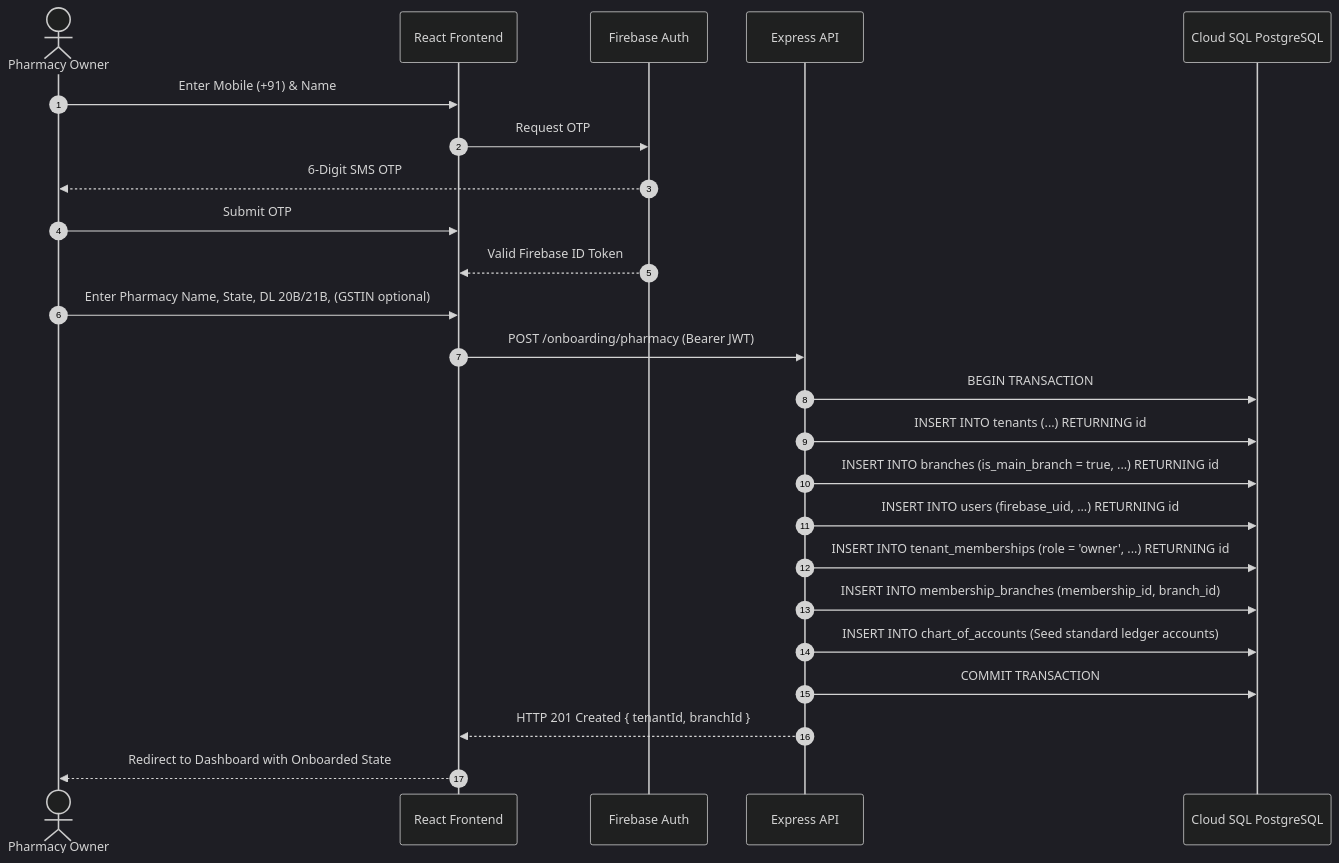
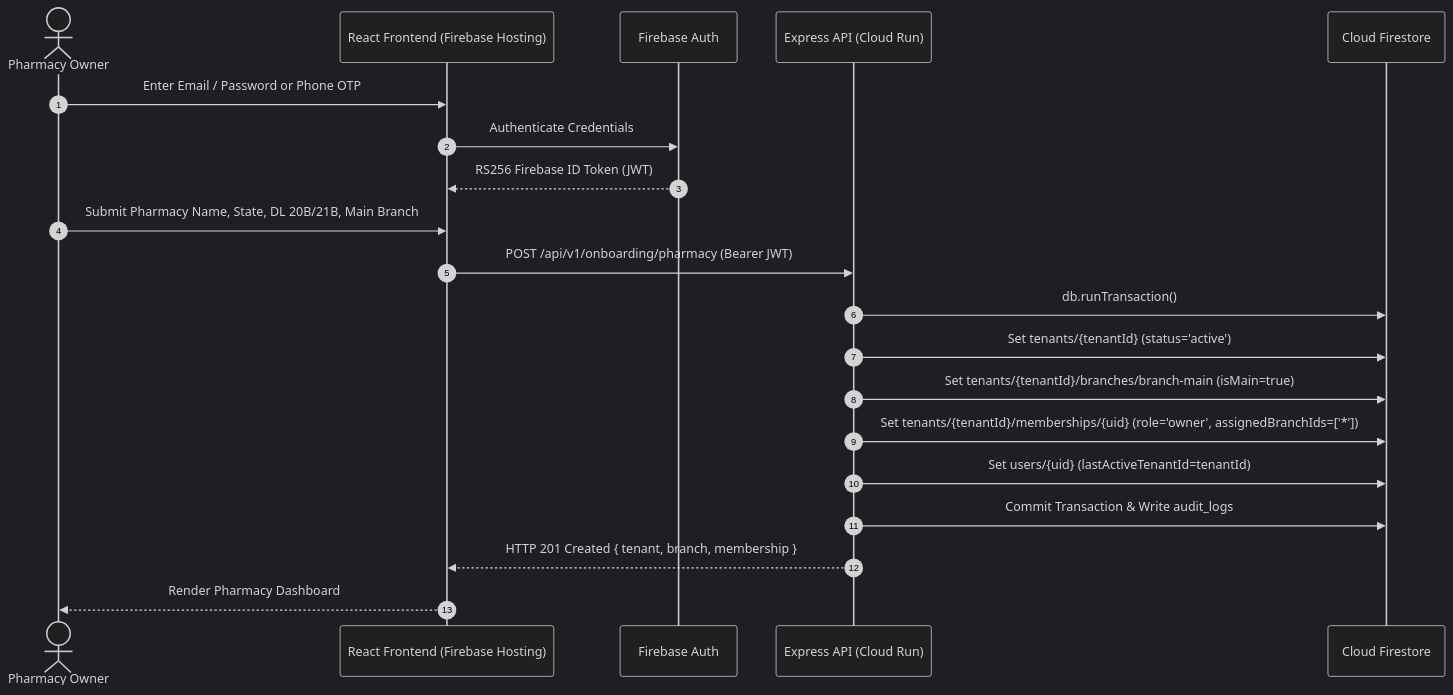
The first of 4 diagrams in docs/business-workflows.md (dhandesaurav37/pharmadesk), drawn with Mermaid (dark theme) before and after one commit. The commit also changed other lines of this file and 37 other files, not shown here.

````diff
--- a/docs/business-workflows.md
+++ b/docs/business-workflows.md
@@ -13,27 +13,23 @@
 ```mermaid
 sequenceDiagram
     autonumber
     actor Owner as Pharmacy Owner
-    participant App as React Frontend
+    participant App as React Frontend (Firebase Hosting)
     participant Auth as Firebase Auth
-    participant API as Express API
-    participant DB as Cloud SQL PostgreSQL
+    participant API as Express API (Cloud Run)
+    participant FS as Cloud Firestore
 
-    Owner->>App: Enter Mobile (+91) & Name
-    App->>Auth: Request OTP
-    Auth-->>Owner: 6-Digit SMS OTP
-    Owner->>App: Submit OTP
-    Auth-->>App: Valid Firebase ID Token
-    Owner->>App: Enter Pharmacy Name, State, DL 20B/21B, (GSTIN optional)
-    App->>API: POST /onboarding/pharmacy (Bearer JWT)
-    API->>DB: BEGIN TRANSACTION
-    API->>DB: INSERT INTO tenants (...) RETURNING id
-    API->>DB: INSERT INTO branches (is_main_branch = true, ...) RETURNING id
-    API->>DB: INSERT INTO users (firebase_uid, ...) RETURNING id
-    API->>DB: INSERT INTO tenant_memberships (role = 'owner', ...) RETURNING id
-    API->>DB: INSERT INTO membership_branches (membership_id, branch_id)
-    API->>DB: INSERT INTO chart_of_accounts (Seed standard ledger accounts)
-    API->>DB: COMMIT TRANSACTION
-    API-->>App: HTTP 201 Created { tenantId, branchId }
-    App-->>Owner: Redirect to Dashboard with Onboarded State
+    Owner->>App: Enter Email / Password or Phone OTP
+    App->>Auth: Authenticate Credentials
+    Auth-->>App: RS256 Firebase ID Token (JWT)
+    Owner->>App: Submit Pharmacy Name, State, DL 20B/21B, Main Branch
+    App->>API: POST /api/v1/onboarding/pharmacy (Bearer JWT)
+    API->>FS: db.runTransaction()
+    API->>FS: Set tenants/{tenantId} (status='active')
+    API->>FS: Set tenants/{tenantId}/branches/branch-main (isMain=true)
+    API->>FS: Set tenants/{tenantId}/memberships/{uid} (role='owner', assignedBranchIds=['*'])
+    API->>FS: Set users/{uid} (lastActiveTenantId=tenantId)
+    API->>FS: Commit Transaction & Write audit_logs
+    API-->>App: HTTP 201 Created { tenant, branch, membership }
+    App-->>Owner: Render Pharmacy Dashboard
 ```
````
